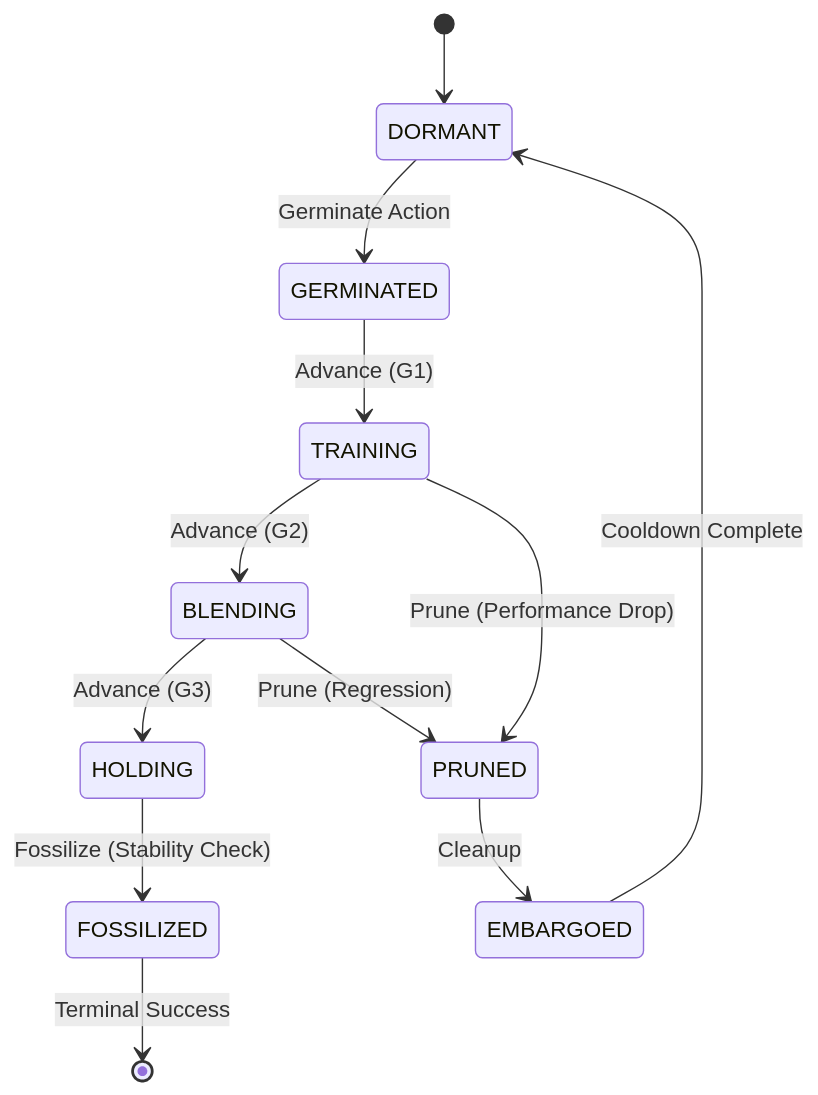
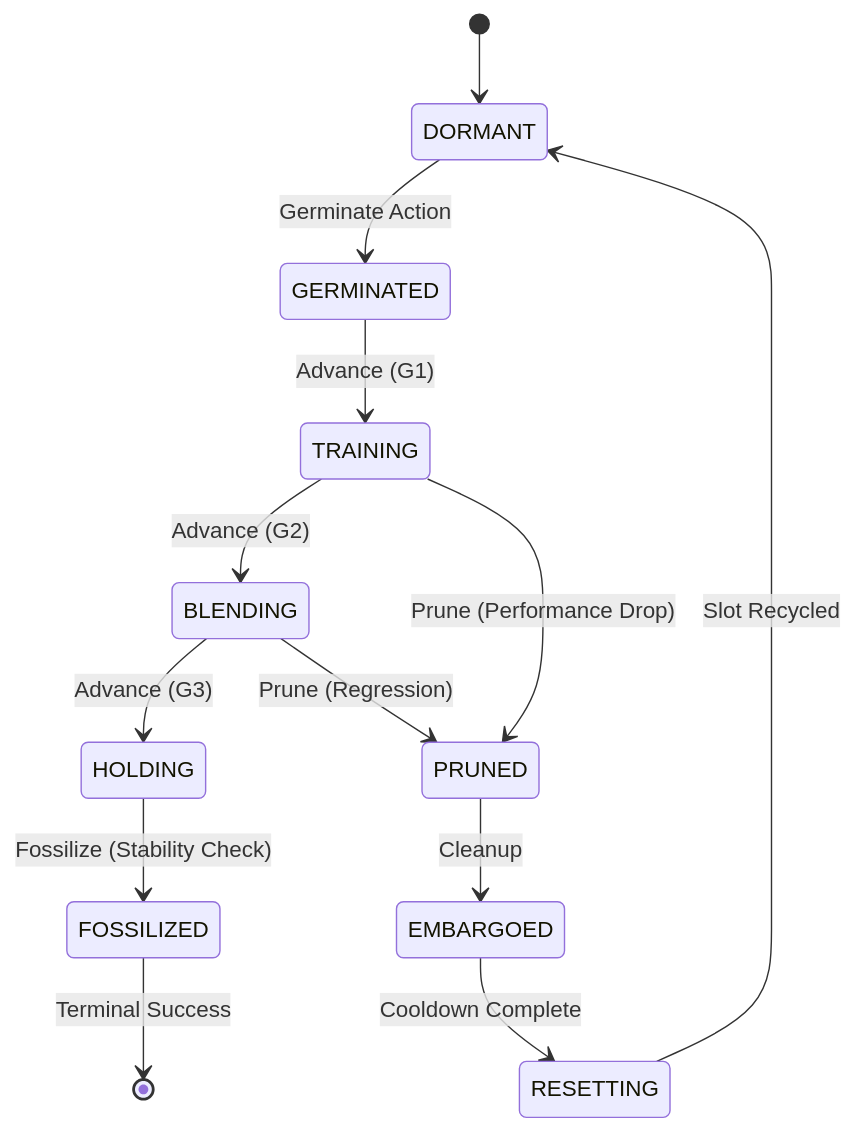
Before and after one commit to tachyon-beep/esper-lite: the diagram in README.md, drawn with Mermaid. The commit also changed other lines of this file and 19 other files, not shown here.

````diff
--- a/README.md
+++ b/README.md
@@ -79,14 +79,15 @@
 ```mermaid
 stateDiagram-v2
     [*] --> DORMANT
     DORMANT --> GERMINATED: Germinate Action
     GERMINATED --> TRAINING: Advance (G1)
     TRAINING --> BLENDING: Advance (G2)
     TRAINING --> PRUNED: Prune (Performance Drop)
     BLENDING --> HOLDING: Advance (G3)
     BLENDING --> PRUNED: Prune (Regression)
     HOLDING --> FOSSILIZED: Fossilize (Stability Check)
     FOSSILIZED --> [*]: Terminal Success
     PRUNED --> EMBARGOED: Cleanup
-    EMBARGOED --> DORMANT: Cooldown Complete
+    EMBARGOED --> RESETTING: Cooldown Complete
+    RESETTING --> DORMANT: Slot Recycled
 ```
````
